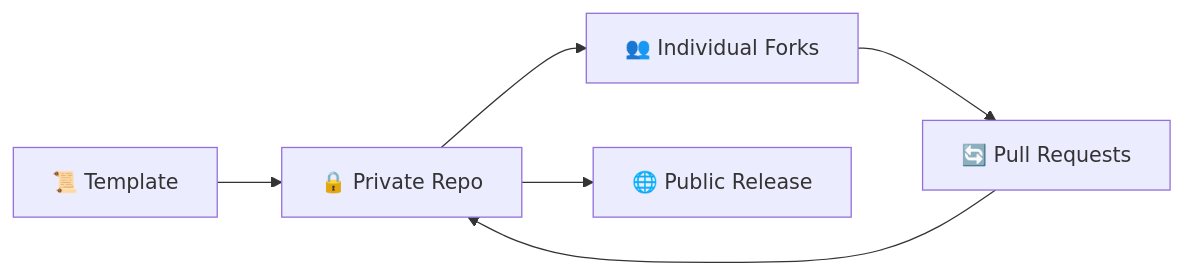
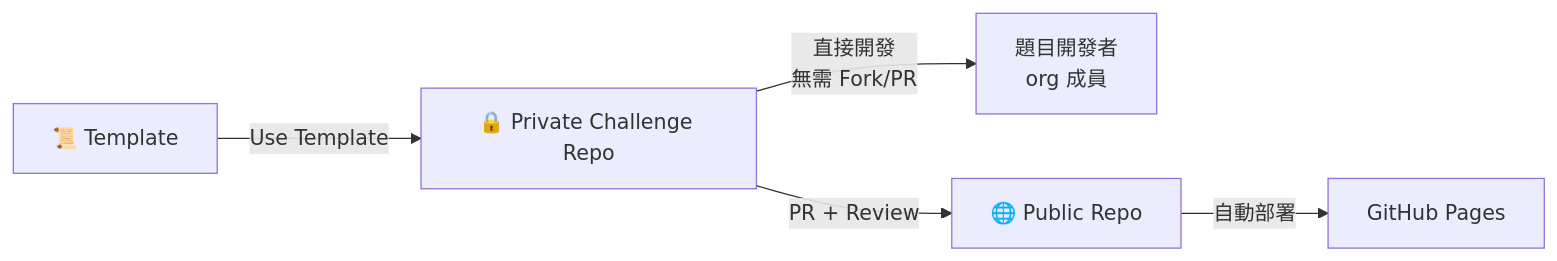
One commit to is1ab/is1ab-CTF-template changed the diagram in docs/workflow-tutorial.md. Above: the diagram before and after it, drawn with Mermaid. The commit also changed other lines of this file and 7 other files, not shown here.

````diff
--- a/docs/workflow-tutorial.md
+++ b/docs/workflow-tutorial.md
@@ -7,8 +7,7 @@
 ```mermaid
 graph LR
-    A[📜 Template] --> B[🔒 Private Repo]
-    B --> C[👥 Individual Forks]
-    C --> D[🔄 Pull Requests]
-    D --> B
-    B --> E[🌐 Public Release]
+    A[📜 Template] -->|Use Template| B[🔒 Private Challenge Repo]
+    B -->|直接開發<br/>無需 Fork/PR| C[題目開發者<br/>org 成員]
+    B -->|PR + Review| E[🌐 Public Repo]
+    E -->|自動部署| F[GitHub Pages]
 ```
````
